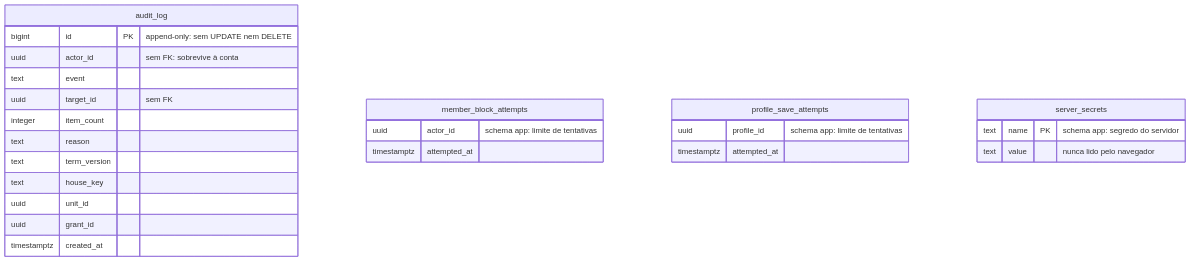
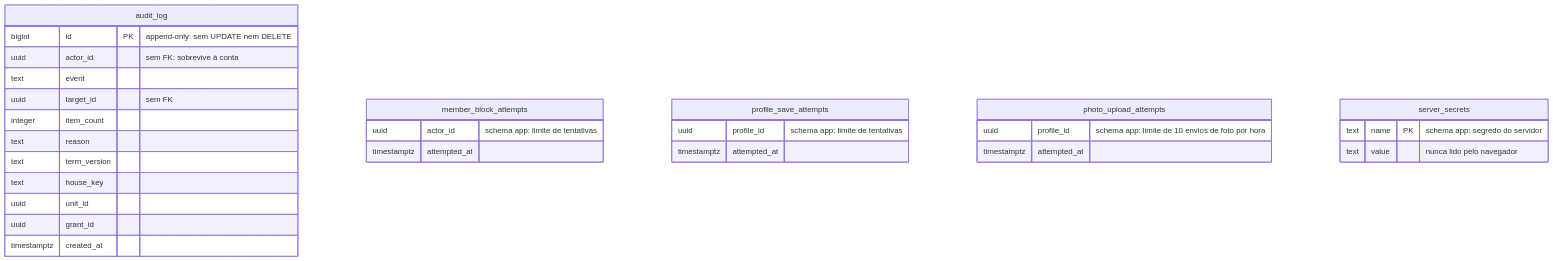
The ninth of 9 diagrams in docs/DIAGRAMAS.md (felipemaion/Complexo42), drawn with Mermaid before and after one commit. The commit also changed 20 other files, not shown here.

Commit message:
feat(profiles): foto do perfil — miniatura WebP cifrada no banco, atrás da chave profile.photoEnabled (closes #308)

````diff
--- a/docs/DIAGRAMAS.md
+++ b/docs/DIAGRAMAS.md
@@ -442,28 +442,32 @@
 ```mermaid
 erDiagram
     audit_log {
         bigint id PK "append-only: sem UPDATE nem DELETE"
         uuid actor_id "sem FK: sobrevive à conta"
         text event
         uuid target_id "sem FK"
         integer item_count
         text reason
         text term_version
         text house_key
         uuid unit_id
         uuid grant_id
         timestamptz created_at
     }
     member_block_attempts {
         uuid actor_id "schema app: limite de tentativas"
         timestamptz attempted_at
     }
     profile_save_attempts {
         uuid profile_id "schema app: limite de tentativas"
         timestamptz attempted_at
     }
+    photo_upload_attempts {
+        uuid profile_id "schema app: limite de 10 envios de foto por hora"
+        timestamptz attempted_at
+    }
     server_secrets {
         text name PK "schema app: segredo do servidor"
         text value "nunca lido pelo navegador"
     }
 ```
````
